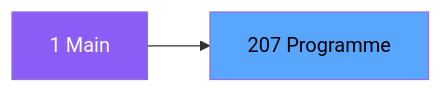
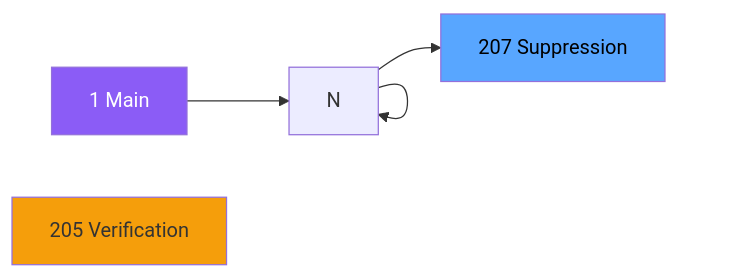
Before and after one commit to thonyAGP/magic-migration: the second of 3 diagrams in .openspec/specs/ADH-IDE-207.md, drawn with Mermaid. The commit also changed other lines of this file and 323 other files, not shown here.

````diff
--- a/.openspec/specs/ADH-IDE-207.md
+++ b/.openspec/specs/ADH-IDE-207.md
@@ -98,8 +106,13 @@
 ```mermaid
 graph LR
     M[1 Main]
-    T[207 Programme]
-    M --> T
+    N205[205 Verification]
+    T[207 Suppression ]
+    M --> N
+    N --> N
+    N --> N
+    N --> T
     style M fill:#8b5cf6,color:#fff
+    style N205 fill:#f59e0b
     style T fill:#58a6ff,color:#000
 ```
````
